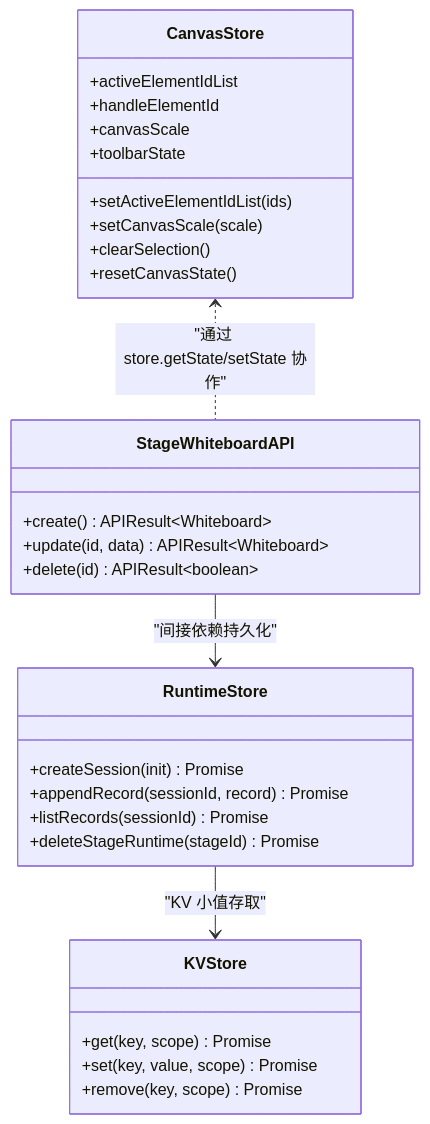
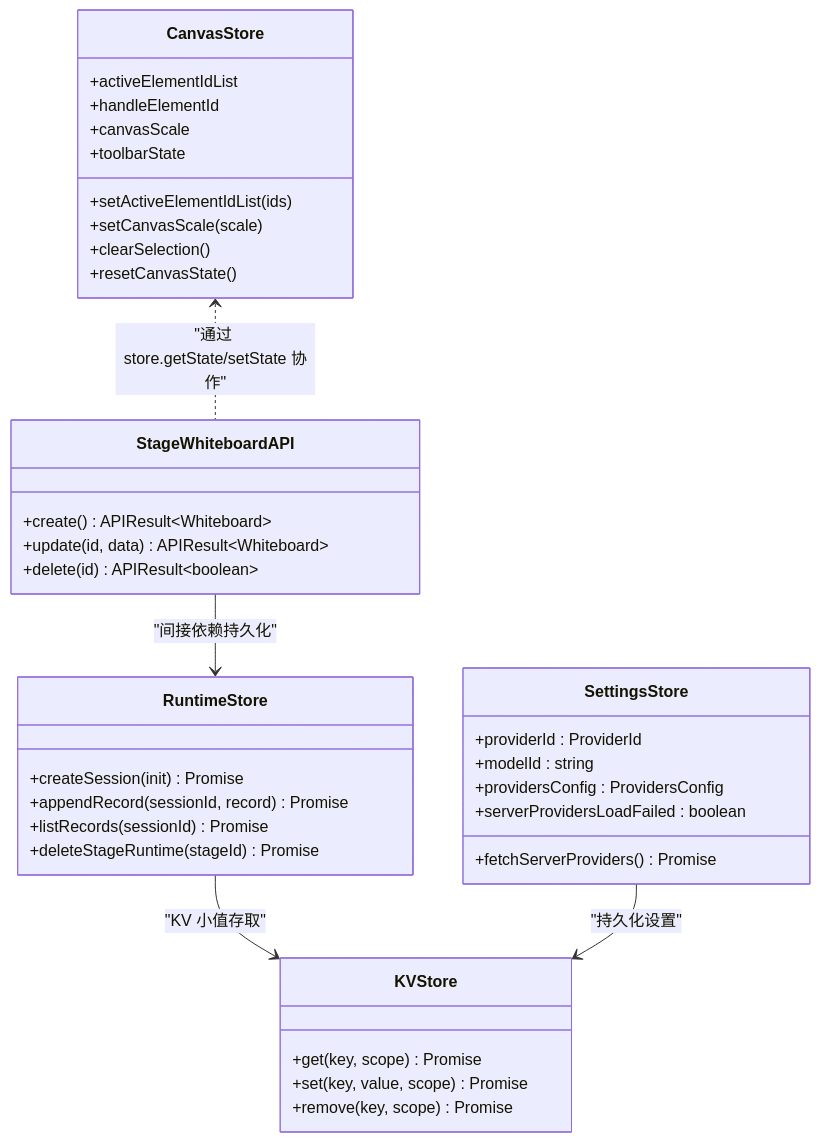
The second of 2 diagrams in .qoder/repowiki/zh/content/架构设计/前端架构设计/状态管理架构/状态管理架构.md (huangboheng/OpenMAIC), drawn with Mermaid before and after one commit. The commit also changed other lines of this file and 23 other files, not shown here.

````diff
--- a/.qoder/repowiki/zh/content/架构设计/前端架构设计/状态管理架构/状态管理架构.md
+++ b/.qoder/repowiki/zh/content/架构设计/前端架构设计/状态管理架构/状态管理架构.md
@@ -87,32 +102,40 @@
 ```mermaid
 classDiagram
 class CanvasStore {
 +activeElementIdList
 +handleElementId
 +canvasScale
 +toolbarState
 +setActiveElementIdList(ids)
 +setCanvasScale(scale)
 +clearSelection()
 +resetCanvasState()
 }
 class StageWhiteboardAPI {
 +create() APIResult~Whiteboard~
 +update(id, data) APIResult~Whiteboard~
 +delete(id) APIResult~boolean~
 }
 class RuntimeStore {
 +createSession(init) Promise
 +appendRecord(sessionId, record) Promise
 +listRecords(sessionId) Promise
 +deleteStageRuntime(stageId) Promise
 }
 class KVStore {
 +get(key, scope) Promise
 +set(key, value, scope) Promise
 +remove(key, scope) Promise
 }
+class SettingsStore {
++providerId : ProviderId
++modelId : string
++providersConfig : ProvidersConfig
++serverProvidersLoadFailed : boolean
++fetchServerProviders() Promise
+}
 CanvasStore <.. StageWhiteboardAPI : "通过 store.getState/setState 协作"
 StageWhiteboardAPI --> RuntimeStore : "间接依赖持久化"
 RuntimeStore --> KVStore : "KV 小值存取"
+SettingsStore --> KVStore : "持久化设置"
 ```
````
